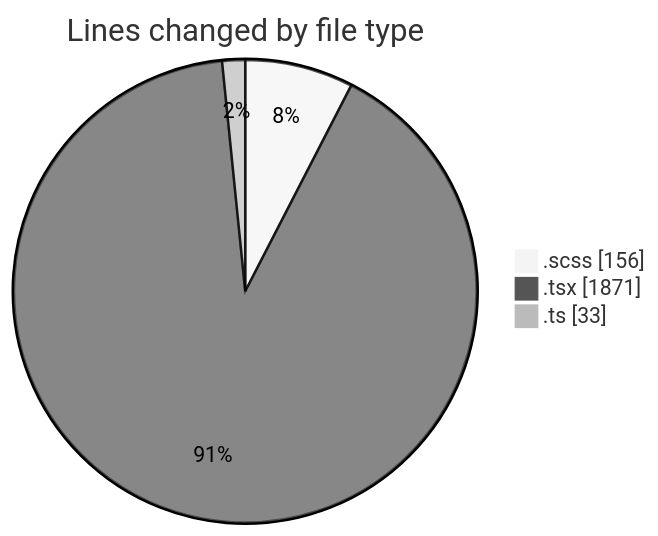
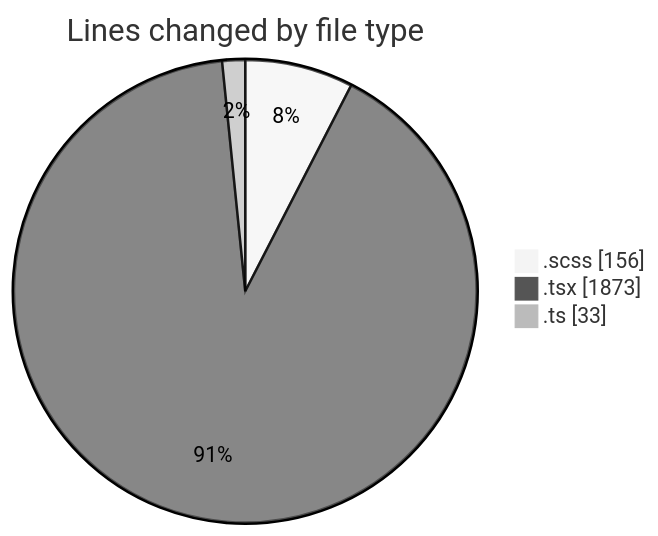
One commit to momahboobian/code-tracking changed the first of 2 diagrams in 2025-02-10/cda/README.md. Above: the diagram before and after it, drawn with Mermaid (neutral theme). The commit also changed other lines of this file and 1 other file, not shown here.

````diff
--- a/2025-02-10/cda/README.md
+++ b/2025-02-10/cda/README.md
@@ -25,7 +25,7 @@
 ```mermaid
 pie showData
 title Lines changed by file type
 ".scss" : 156
-".tsx" : 1871
+".tsx" : 1873
 ".ts" : 33
 ```
````
